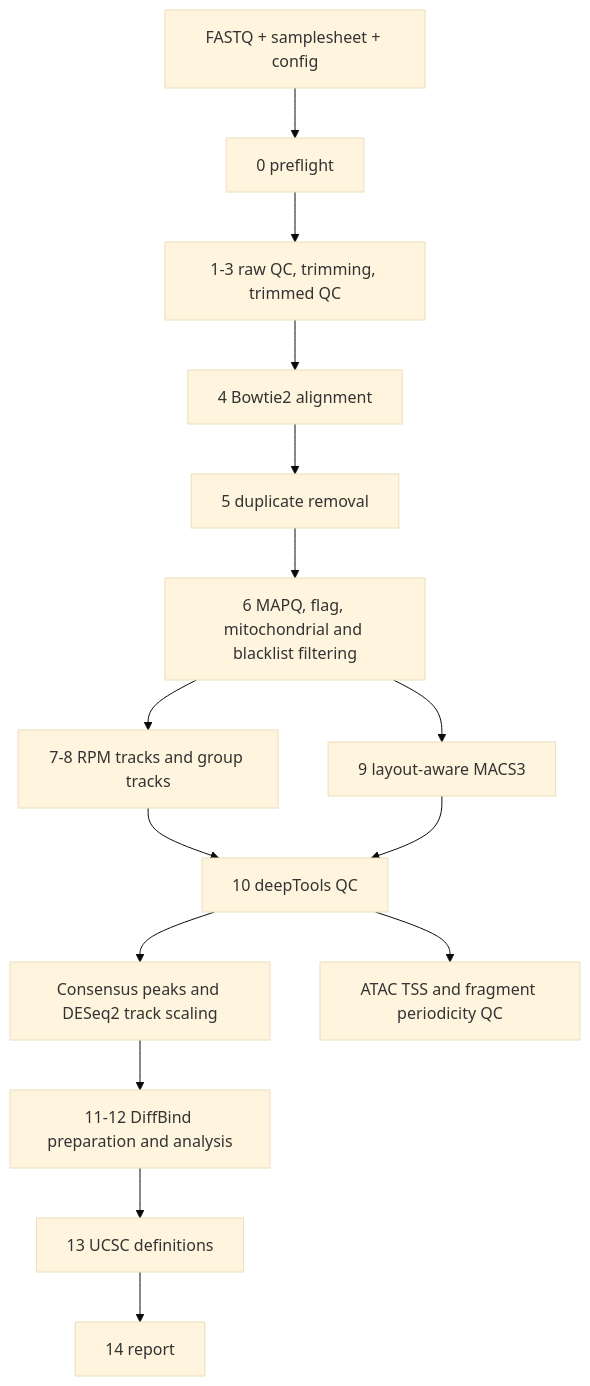
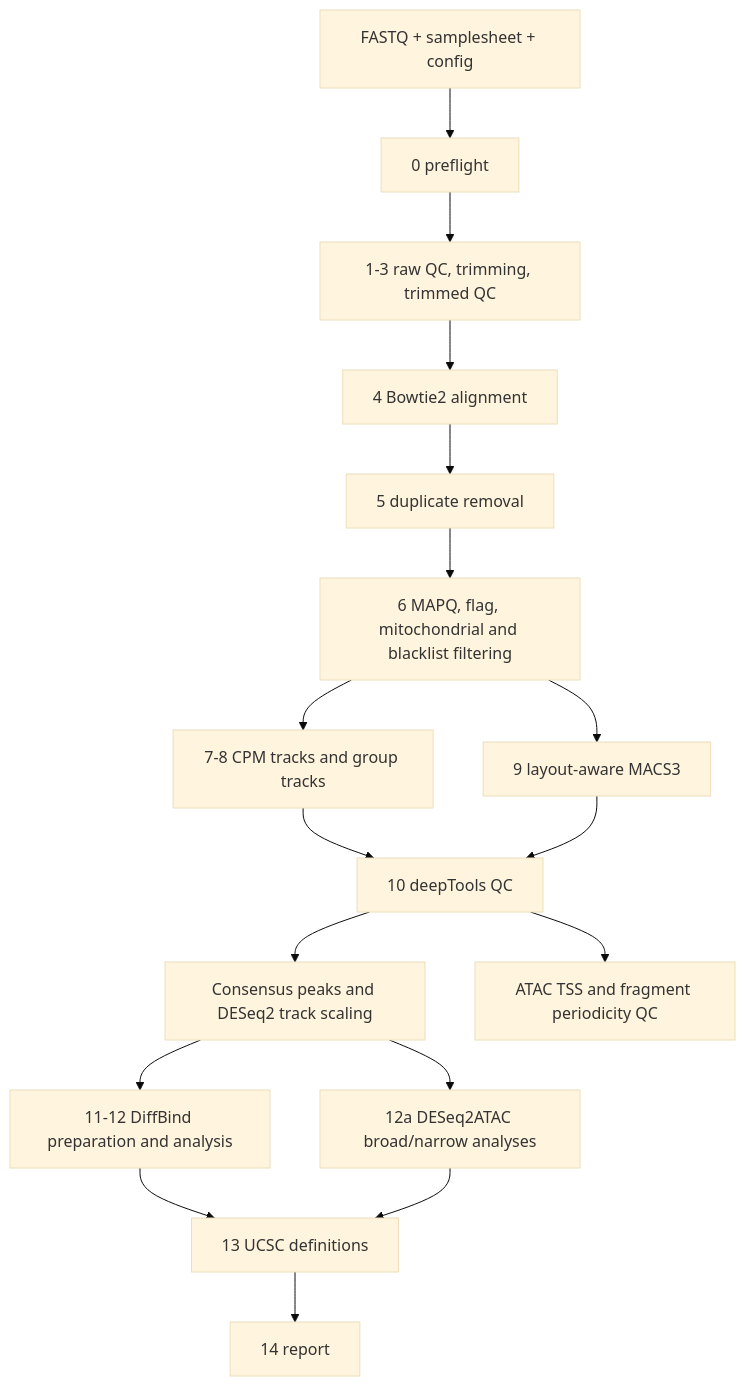
One commit to MichalGd/ATACseq2tracks changed the diagram in docs/01_overview.md. Above: the diagram before and after it, drawn with Mermaid (base theme). The commit also changed other lines of this file and 53 other files, not shown here.

````diff
--- a/docs/01_overview.md
+++ b/docs/01_overview.md
@@ -33,17 +34,19 @@
 ```mermaid
 flowchart TD
     A[FASTQ + samplesheet + config] --> B[0 preflight]
     B --> C[1-3 raw QC, trimming, trimmed QC]
     C --> D[4 Bowtie2 alignment]
     D --> E[5 duplicate removal]
     E --> F[6 MAPQ, flag, mitochondrial and blacklist filtering]
-    F --> G[7-8 RPM tracks and group tracks]
+    F --> G[7-8 CPM tracks and group tracks]
     F --> H[9 layout-aware MACS3]
     G --> I[10 deepTools QC]
     H --> I
     I --> J[Consensus peaks and DESeq2 track scaling]
     I --> K[ATAC TSS and fragment periodicity QC]
     J --> L[11-12 DiffBind preparation and analysis]
+    J --> O[12a DESeq2ATAC broad/narrow analyses]
     L --> M[13 UCSC definitions]
+    O --> M
     M --> N[14 report]
 ```
````
